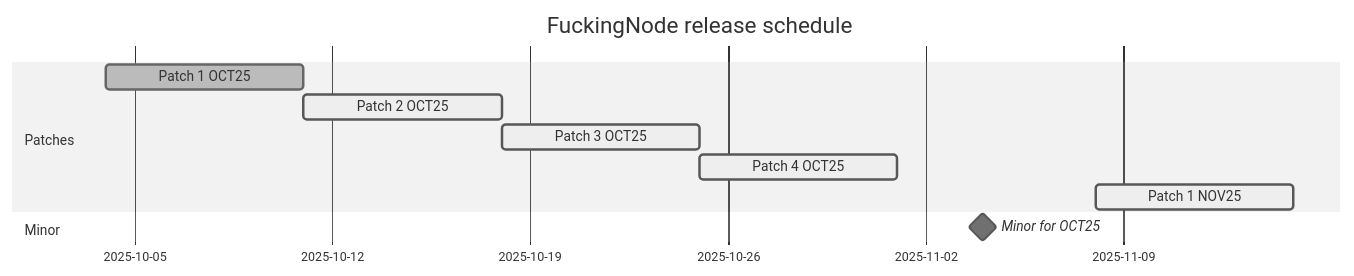
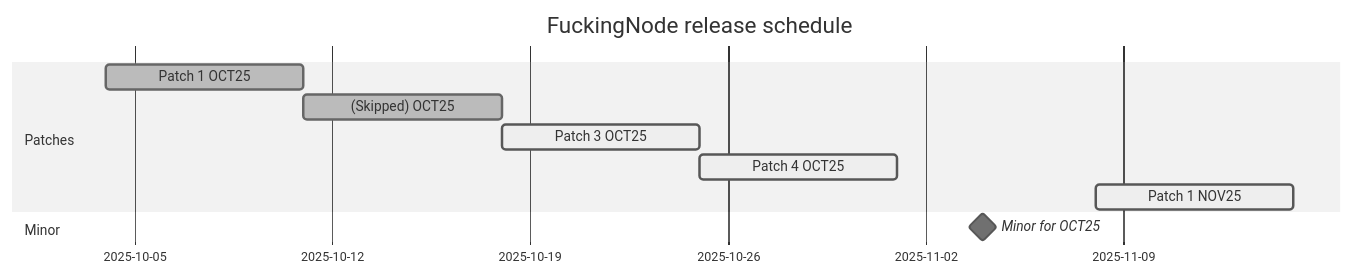
Before and after one commit to FuckingNode/FuckingNode: the diagram in RELEASE_SCHEDULE.md, drawn with Mermaid (neutral theme). The commit also changed 5 other files, not shown here.

````diff
--- a/RELEASE_SCHEDULE.md
+++ b/RELEASE_SCHEDULE.md
@@ -32,14 +32,14 @@
 ```mermaid
 gantt
     title FuckingNode release schedule
     dateFormat  DD-MM-YYYY
     section Patches
     Patch 1 OCT25 :done, 04-10-2025, 7d
-    Patch 2 OCT25 :active, 11-10-2025, 7d
+    (Skipped) OCT25 :done, 11-10-2025, 7d
     Patch 3 OCT25 :active, 18-10-2025, 7d
     Patch 4 OCT25 :active, 25-10-2025, 7d
     %% Extra patch :crit, 02-11-2025, 6d
     Patch 1 NOV25 :active, 08-11-2025, 7d
     section Minor
     Minor for OCT25 :milestone, 31-10-2025, 8d
 ```
````
